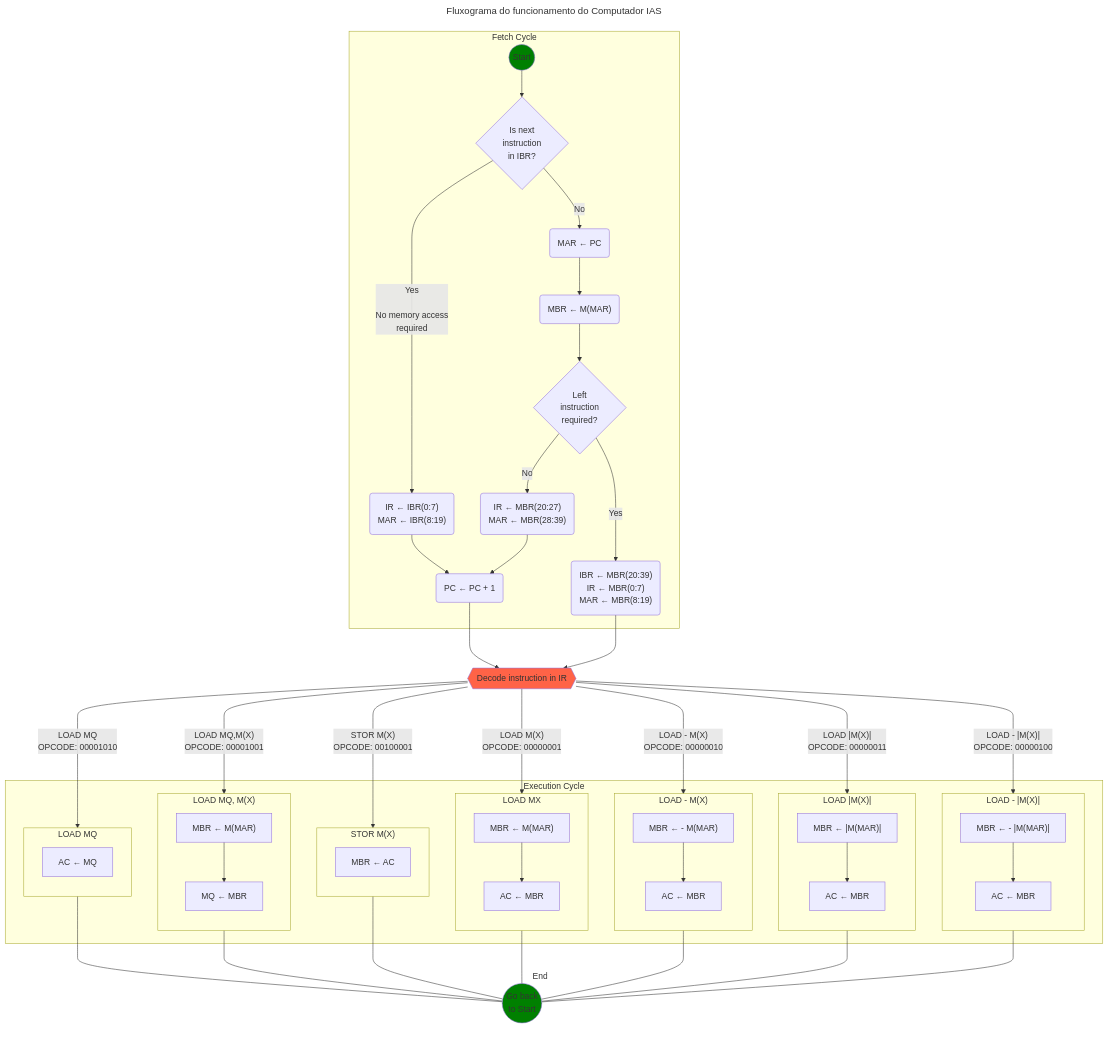
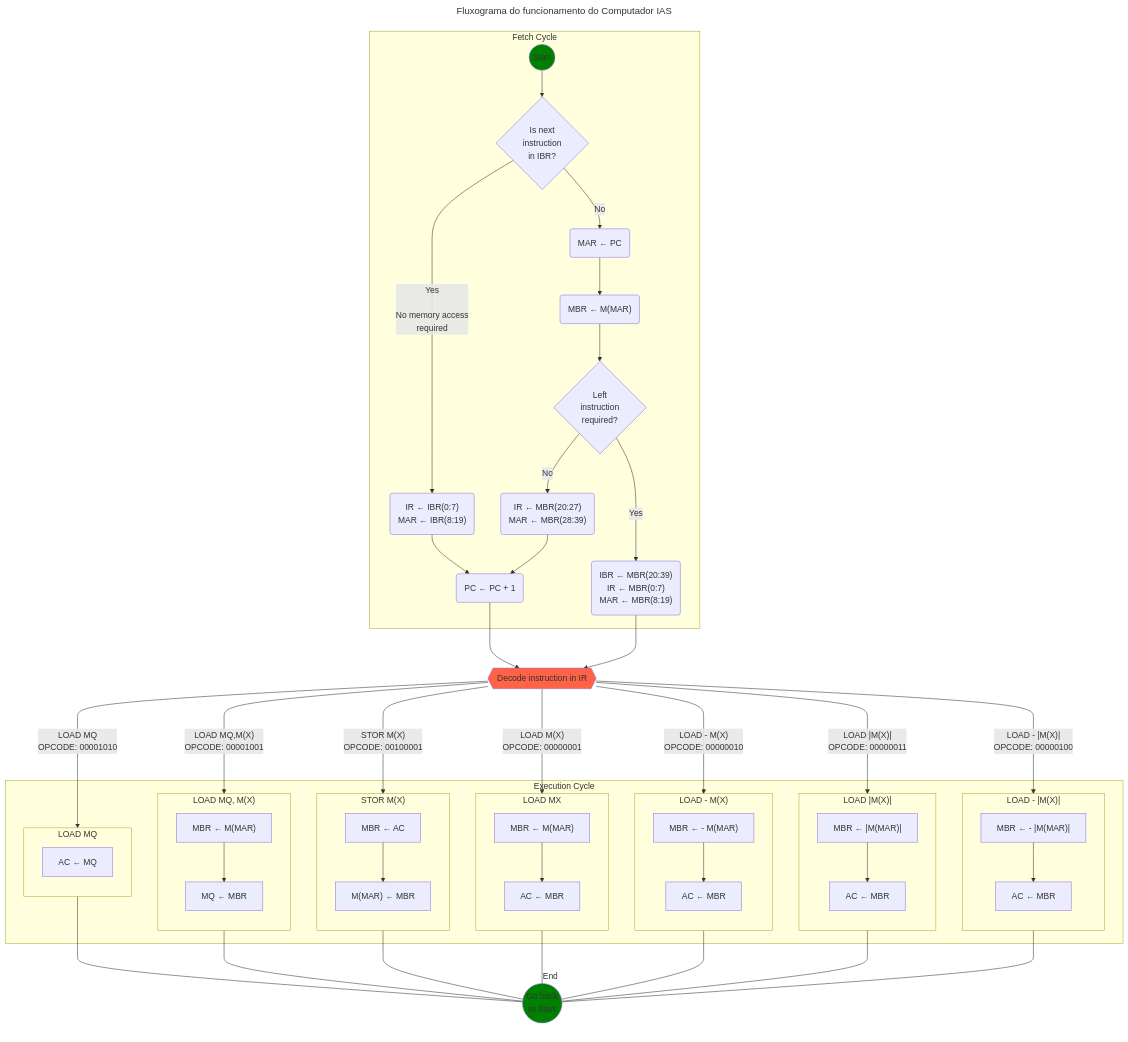
Before and after one commit to davidalain/ias_computer: the diagram in README.md, drawn with Mermaid.

Commit message:
Update README.md
Correção na instrução STOR M(X)

```diff
--- a/README.md
+++ b/README.md
@@ -83,6 +83,9 @@
         subgraph stormx_sp ["STOR M(X)"];
         %%Transfere o valor de AC para para M(X)
              stormx01["MBR ← AC"]
+             stormx02["M(MAR) ← MBR"]
+
+             stormx01 --> stormx02
              direction TB
         end
 
```
